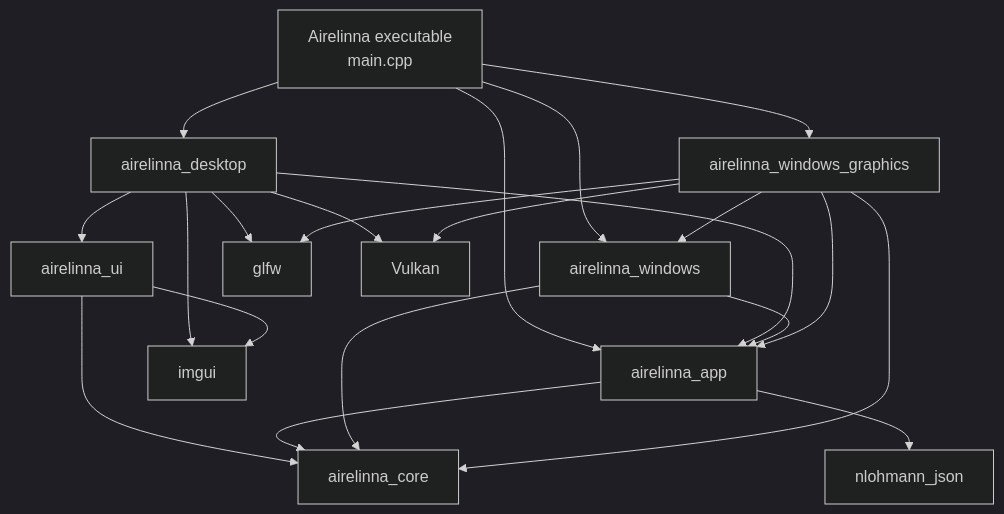
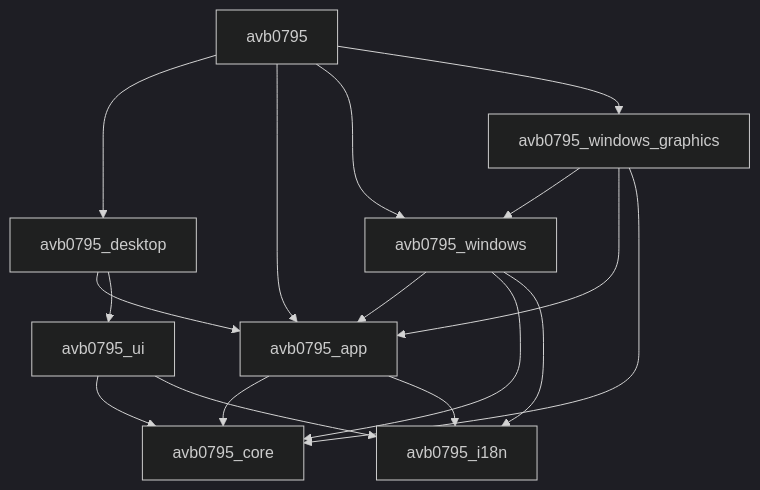
Before and after one commit to Mes0903/avb0795: the second of 6 diagrams in docs/architecture/build-and-validation.md, drawn with Mermaid (dark theme). The commit also changed other lines of this file and 156 other files, not shown here.

````diff
--- a/docs/architecture/build-and-validation.md
+++ b/docs/architecture/build-and-validation.md
@@ -11,23 +24,19 @@
 ```mermaid
 flowchart TB
-    Exe["Airelinna executable<br/>main.cpp"] --> App["airelinna_app"]
-    Exe --> Desktop["airelinna_desktop"]
-    Exe --> Windows["airelinna_windows"]
-    Exe --> Graphics["airelinna_windows_graphics"]
+    Exe["avb0795"] --> Desktop["avb0795_desktop"]
+    Exe --> App["avb0795_app"]
+    Exe --> Win["avb0795_windows"]
+    Exe --> Graphics["avb0795_windows_graphics"]
     Desktop --> App
-    Desktop --> UI["airelinna_ui"]
-    Desktop --> GLFW["glfw"]
-    Desktop --> Vulkan["Vulkan"]
-    Desktop --> ImGui["imgui"]
-    UI --> Core["airelinna_core"]
-    UI --> ImGui
+    Desktop --> UI["avb0795_ui"]
+    Graphics --> Win
+    Graphics --> App
+    Graphics --> Core["avb0795_core"]
+    Win --> App
+    Win --> Core
+    Win --> I18n["avb0795_i18n"]
     App --> Core
-    App --> JSON["nlohmann_json"]
-    Windows --> App
-    Windows --> Core
-    Graphics --> Windows
-    Graphics --> App
-    Graphics --> Core
-    Graphics --> GLFW
-    Graphics --> Vulkan
+    App --> I18n
+    UI --> Core
+    UI --> I18n
 ```
````
